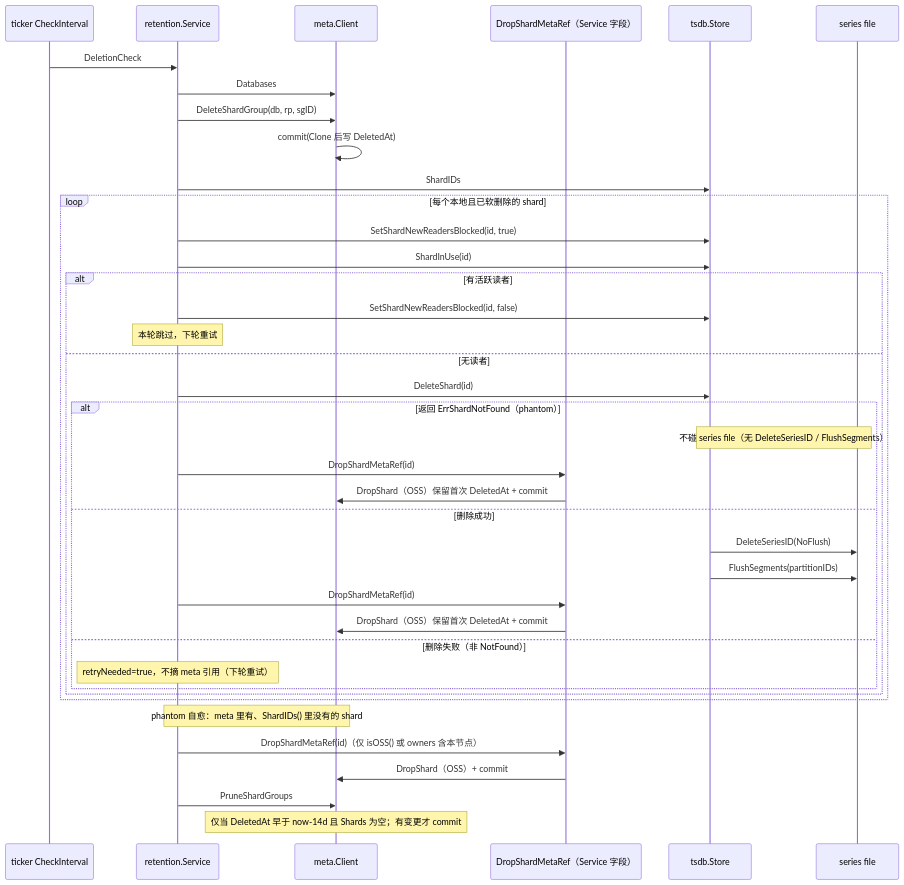
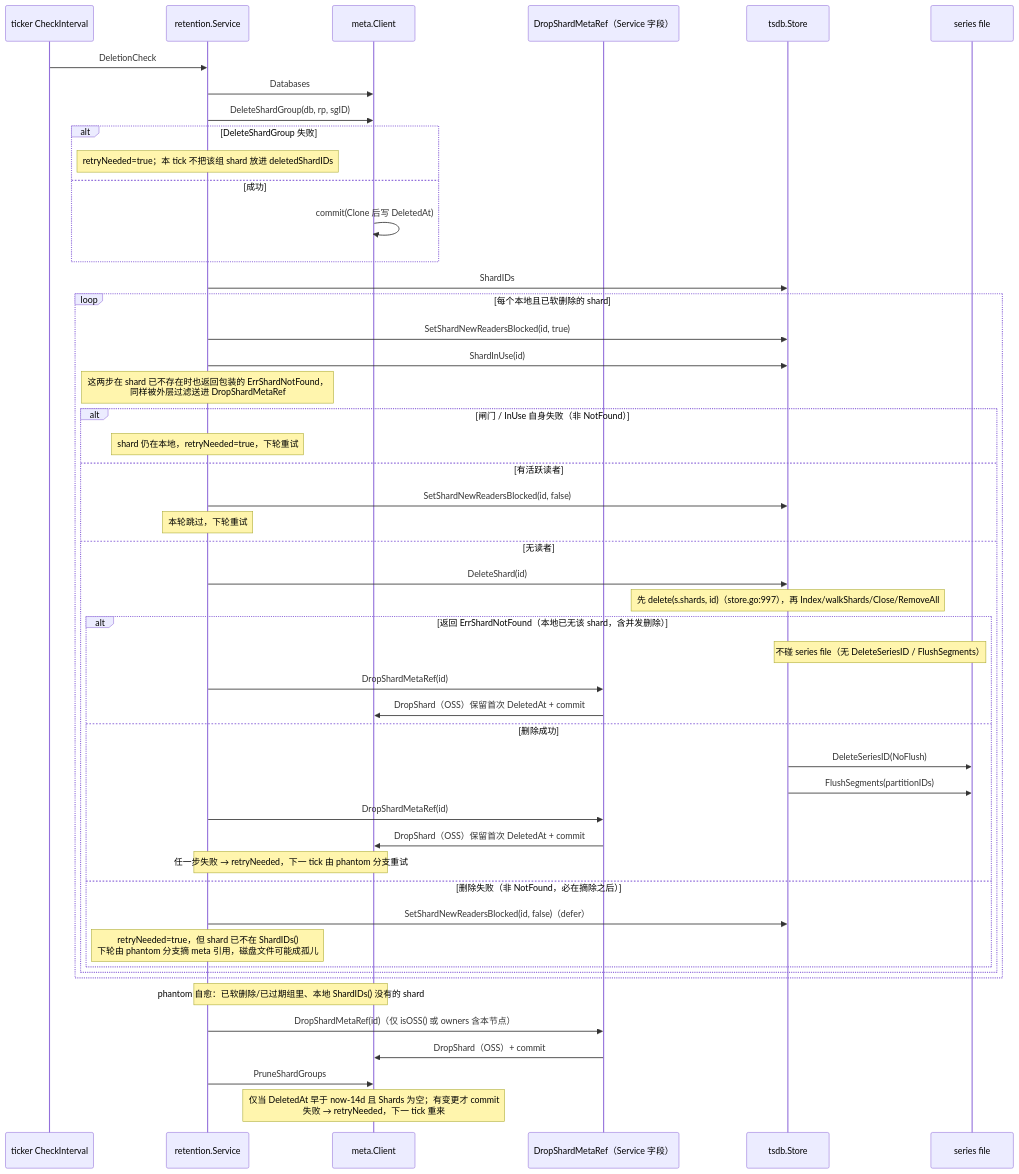
Before and after one commit to stefanv5/influxdb: the second of 2 diagrams in docs/specs/v1.8.10-vs-v1.12.3/05_meta_background_diff.md, drawn with Mermaid. The commit also changed other lines of this file and 18 other files, not shown here.

````diff
--- a/docs/specs/v1.8.10-vs-v1.12.3/05_meta_background_diff.md
+++ b/docs/specs/v1.8.10-vs-v1.12.3/05_meta_background_diff.md
@@ -95,41 +95,51 @@
 ```mermaid
 sequenceDiagram
     participant T as ticker CheckInterval
     participant R as retention.Service
     participant M as meta.Client
     participant DSM as DropShardMetaRef（Service 字段）
     participant S as tsdb.Store
     participant F as series file
     T->>R: DeletionCheck
     R->>M: Databases
     R->>M: DeleteShardGroup(db, rp, sgID)
-    M->>M: commit(Clone 后写 DeletedAt)
+    alt DeleteShardGroup 失败
+        Note over R: retryNeeded=true；本 tick 不把该组 shard 放进 deletedShardIDs
+    else 成功
+        M->>M: commit(Clone 后写 DeletedAt)
+    end
     R->>S: ShardIDs
     loop 每个本地且已软删除的 shard
         R->>S: SetShardNewReadersBlocked(id, true)
         R->>S: ShardInUse(id)
-        alt 有活跃读者
+        Note over R: 这两步在 shard 已不存在时也返回包装的 ErrShardNotFound，<br/>同样被外层过滤送进 DropShardMetaRef
+        alt 闸门 / InUse 自身失败（非 NotFound）
+            Note over R: shard 仍在本地，retryNeeded=true，下轮重试
+        else 有活跃读者
             R->>S: SetShardNewReadersBlocked(id, false)
             Note over R: 本轮跳过，下轮重试
         else 无读者
             R->>S: DeleteShard(id)
-            alt 返回 ErrShardNotFound（phantom）
+            Note over S: 先 delete(s.shards, id)（store.go:997），再 Index/walkShards/Close/RemoveAll
+            alt 返回 ErrShardNotFound（本地已无该 shard，含并发删除）
                 Note over S,F: 不碰 series file（无 DeleteSeriesID / FlushSegments）
                 R->>DSM: DropShardMetaRef(id)
                 DSM->>M: DropShard（OSS）保留首次 DeletedAt + commit
             else 删除成功
                 S->>F: DeleteSeriesID(NoFlush)
                 S->>F: FlushSegments(partitionIDs)
                 R->>DSM: DropShardMetaRef(id)
                 DSM->>M: DropShard（OSS）保留首次 DeletedAt + commit
-            else 删除失败（非 NotFound）
-                Note over R: retryNeeded=true，不摘 meta 引用（下轮重试）
+                Note over R,M: 任一步失败 → retryNeeded，下一 tick 由 phantom 分支重试
+            else 删除失败（非 NotFound，必在摘除之后）
+                R->>S: SetShardNewReadersBlocked(id, false)（defer）
+                Note over R: retryNeeded=true，但 shard 已不在 ShardIDs()<br/>下轮由 phantom 分支摘 meta 引用，磁盘文件可能成孤儿
             end
         end
     end
-    Note over R,M: phantom 自愈：meta 里有、ShardIDs() 里没有的 shard
+    Note over R,M: phantom 自愈：已软删除/已过期组里、本地 ShardIDs() 没有的 shard
     R->>DSM: DropShardMetaRef(id)（仅 isOSS() 或 owners 含本节点）
     DSM->>M: DropShard（OSS）+ commit
     R->>M: PruneShardGroups
-    Note over M: 仅当 DeletedAt 早于 now-14d 且 Shards 为空；有变更才 commit
+    Note over M: 仅当 DeletedAt 早于 now-14d 且 Shards 为空；有变更才 commit<br/>失败 → retryNeeded，下一 tick 重来
 ```
````
